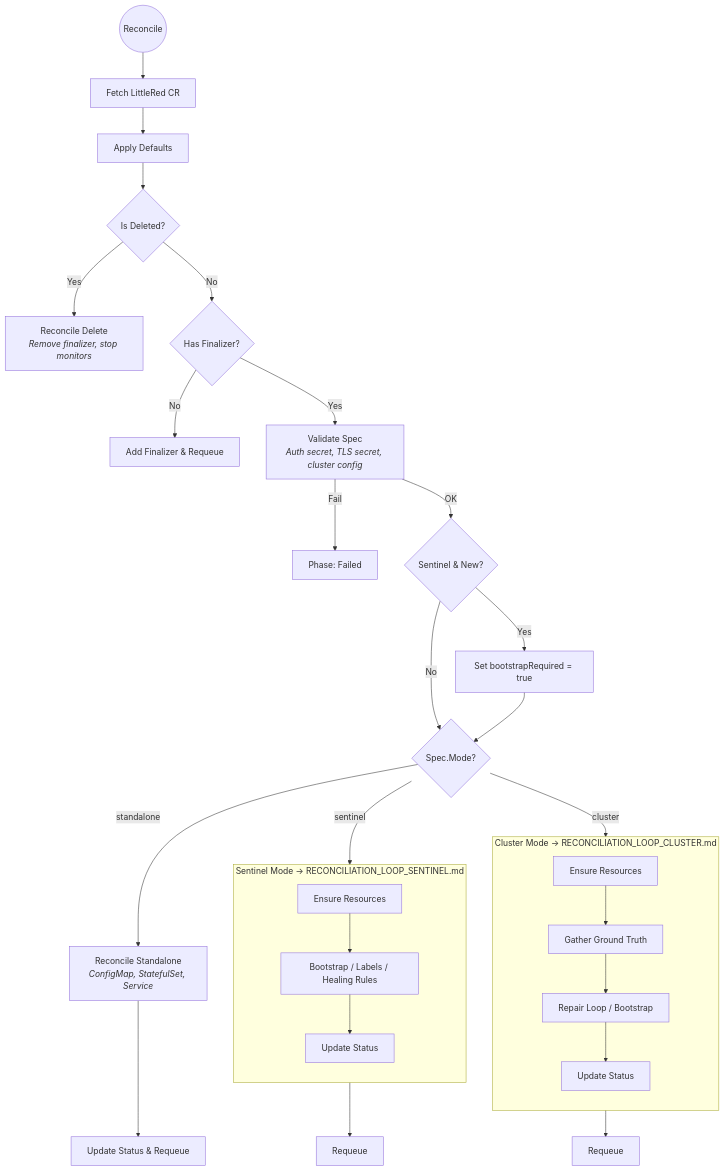
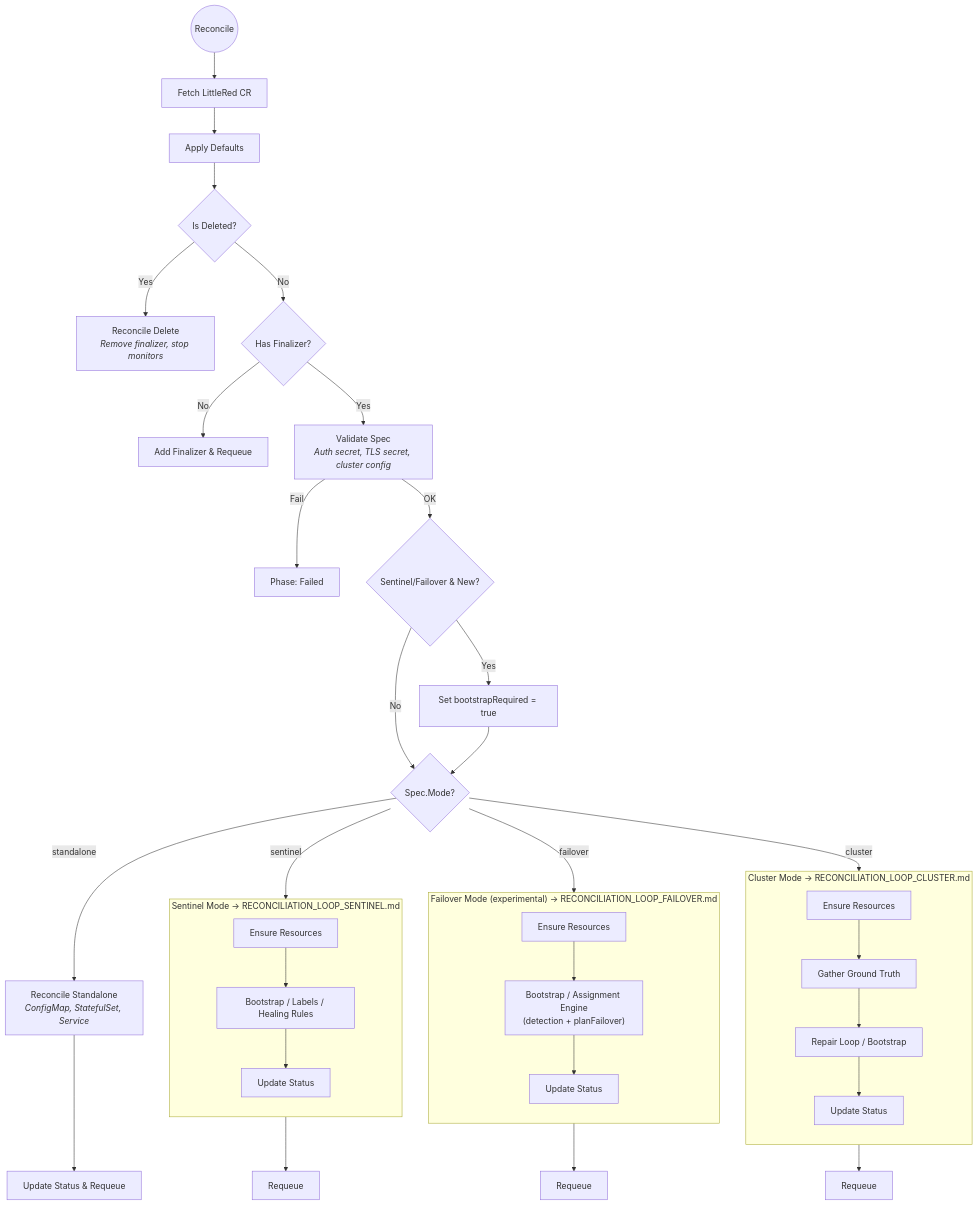
The diagram in docs/RECONCILIATION_LOOP.md (littlered-operator/littlered), drawn with Mermaid before and after one commit. The commit also changed other lines of this file and 10 other files, not shown here.

First line of the commit message:
docs(failover): full documentation pass for mode failover (ADR-011)

````diff
--- a/docs/RECONCILIATION_LOOP.md
+++ b/docs/RECONCILIATION_LOOP.md
@@ -8,48 +9,60 @@
 ```mermaid
 graph TD
     Start((Reconcile)) --> FetchCR[Fetch LittleRed CR]
     FetchCR --> ApplyDefaults[Apply Defaults]
     ApplyDefaults --> IsDeleted{Is Deleted?}
 
     IsDeleted -- Yes --> Cleanup["Reconcile Delete<br/><i>Remove finalizer, stop monitors</i>"]
     IsDeleted -- No --> HasFinalizer{Has Finalizer?}
 
     HasFinalizer -- No --> AddFinalizer[Add Finalizer & Requeue]
     HasFinalizer -- Yes --> Validate[Validate Spec<br/><i>Auth secret, TLS secret, cluster config</i>]
 
     Validate -- Fail --> SetFailed[Phase: Failed]
-    Validate -- OK --> InitBootstrap{Sentinel & New?}
+    Validate -- OK --> InitBootstrap{"Sentinel/Failover & New?"}
 
     InitBootstrap -- Yes --> SetBootstrap[Set bootstrapRequired = true]
     InitBootstrap -- No --> ModeSwitch
     SetBootstrap --> ModeSwitch{Spec.Mode?}
 
     %% Standalone
     ModeSwitch -- standalone --> StandaloneFlow["Reconcile Standalone<br/><i>ConfigMap, StatefulSet, Service</i>"]
     StandaloneFlow --> StandaloneStatus["Update Status & Requeue"]
 
     %% Sentinel
     ModeSwitch -- sentinel --> SentinelBox
 
     subgraph SentinelBox ["Sentinel Mode  → RECONCILIATION_LOOP_SENTINEL.md"]
         direction TB
         SentinelRes["Ensure Resources"]
         SentinelRes --> SentinelBoot["Bootstrap / Labels / Healing Rules"]
         SentinelBoot --> SentinelStatus["Update Status"]
     end
 
     SentinelBox --> SentinelRequeue["Requeue"]
 
+    %% Failover (experimental)
+    ModeSwitch -- failover --> FailoverBox
+
+    subgraph FailoverBox ["Failover Mode (experimental)  → RECONCILIATION_LOOP_FAILOVER.md"]
+        direction TB
+        FailoverRes["Ensure Resources"]
+        FailoverRes --> FailoverEngine["Bootstrap / Assignment Engine<br/>(detection + planFailover)"]
+        FailoverEngine --> FailoverStatus["Update Status"]
+    end
+
+    FailoverBox --> FailoverRequeue["Requeue"]
+
     %% Cluster
     ModeSwitch -- cluster --> ClusterBox
 
     subgraph ClusterBox ["Cluster Mode  → RECONCILIATION_LOOP_CLUSTER.md"]
         direction TB
         ClusterRes["Ensure Resources"]
         ClusterRes --> ClusterGT["Gather Ground Truth"]
         ClusterGT --> ClusterRepair["Repair Loop / Bootstrap"]
         ClusterRepair --> ClusterStatus["Update Status"]
     end
 
     ClusterBox --> ClusterRequeue["Requeue"]
 ```
````
